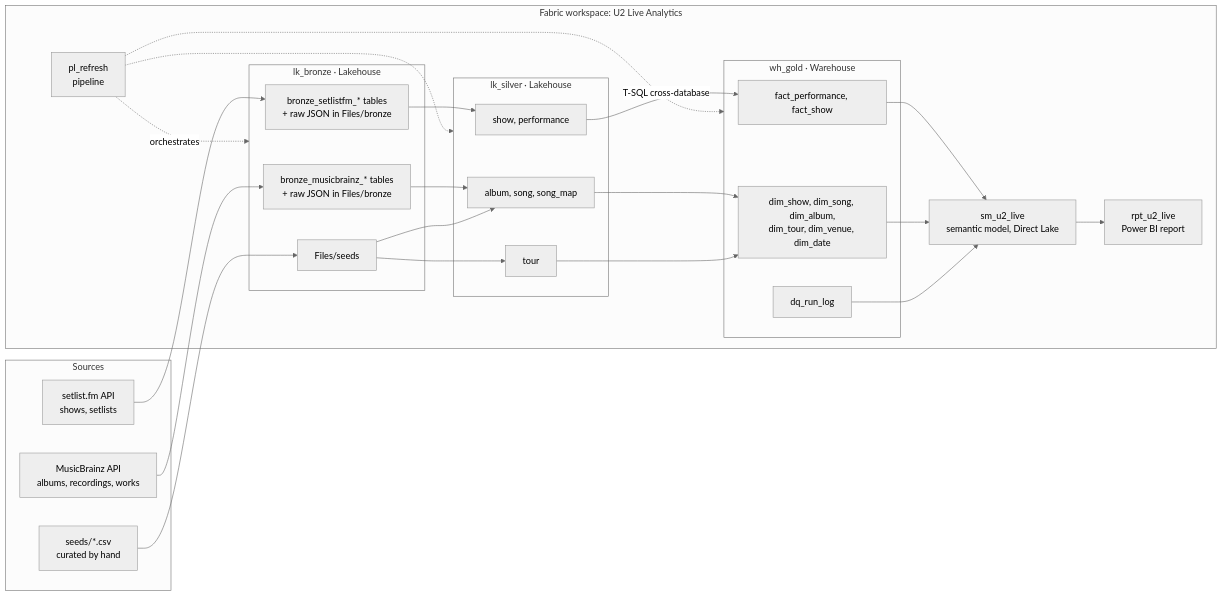
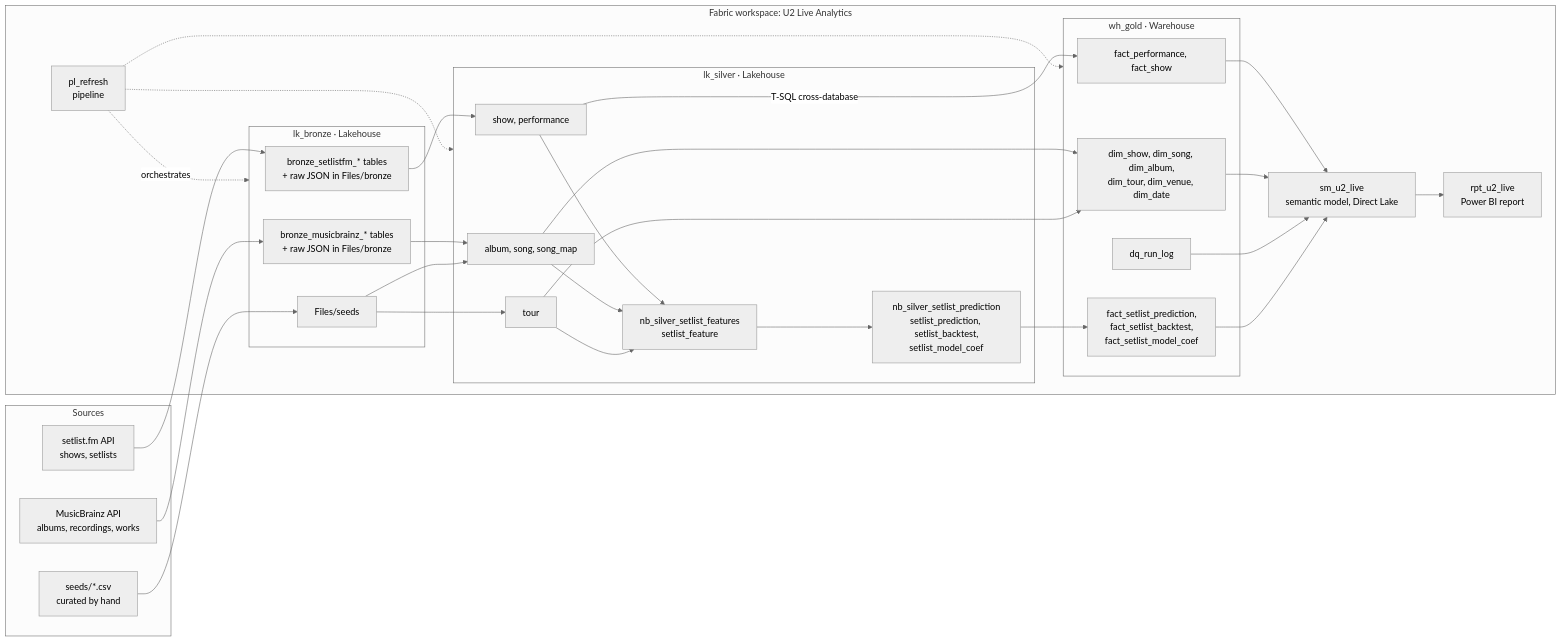
Before and after one commit to vicocbc/u2-live-analytics: the first of 2 diagrams in README.md, drawn with Mermaid (neutral theme). The commit also changed other lines of this file and 6 other files, not shown here.

````diff
--- a/README.md
+++ b/README.md
@@ -50,47 +61,56 @@
 ```mermaid
 flowchart LR
   subgraph Sources
     SF[setlist.fm API<br/>shows, setlists]
     MB[MusicBrainz API<br/>albums, recordings, works]
     SD[seeds/*.csv<br/>curated by hand]
   end
 
   subgraph WS["Fabric workspace: U2 Live Analytics"]
     subgraph BR[lk_bronze · Lakehouse]
       B1[bronze_setlistfm_* tables<br/>+ raw JSON in Files/bronze]
       B2[bronze_musicbrainz_* tables<br/>+ raw JSON in Files/bronze]
       B3[Files/seeds]
     end
     subgraph SI[lk_silver · Lakehouse]
       S1[show, performance]
       S2[album, song, song_map]
       S3[tour]
+      S4["nb_silver_setlist_features<br/>setlist_feature"]
+      S5["nb_silver_setlist_prediction<br/>setlist_prediction, setlist_backtest,<br/>setlist_model_coef"]
     end
     subgraph GO[wh_gold · Warehouse]
       G1[fact_performance, fact_show]
       G2[dim_show, dim_song, dim_album,<br/>dim_tour, dim_venue, dim_date]
       G3[dq_run_log]
+      G4[fact_setlist_prediction,<br/>fact_setlist_backtest,<br/>fact_setlist_model_coef]
     end
     SM[sm_u2_live<br/>semantic model, Direct Lake]
     RPT[rpt_u2_live<br/>Power BI report]
     PL[pl_refresh<br/>pipeline]
   end
 
   SF --> B1
   MB --> B2
   SD --> B3
   B1 --> S1
   B2 --> S2
   B3 --> S2
   B3 --> S3
   S1 -->|T-SQL cross-database| G1
   S2 --> G2
   S3 --> G2
+  S1 --> S4
+  S2 --> S4
+  S3 --> S4
+  S4 --> S5
+  S5 --> G4
   G1 --> SM
   G2 --> SM
   G3 --> SM
+  G4 --> SM
   SM --> RPT
   PL -.orchestrates.-> BR
   PL -.-> SI
   PL -.-> GO
 ```
````
